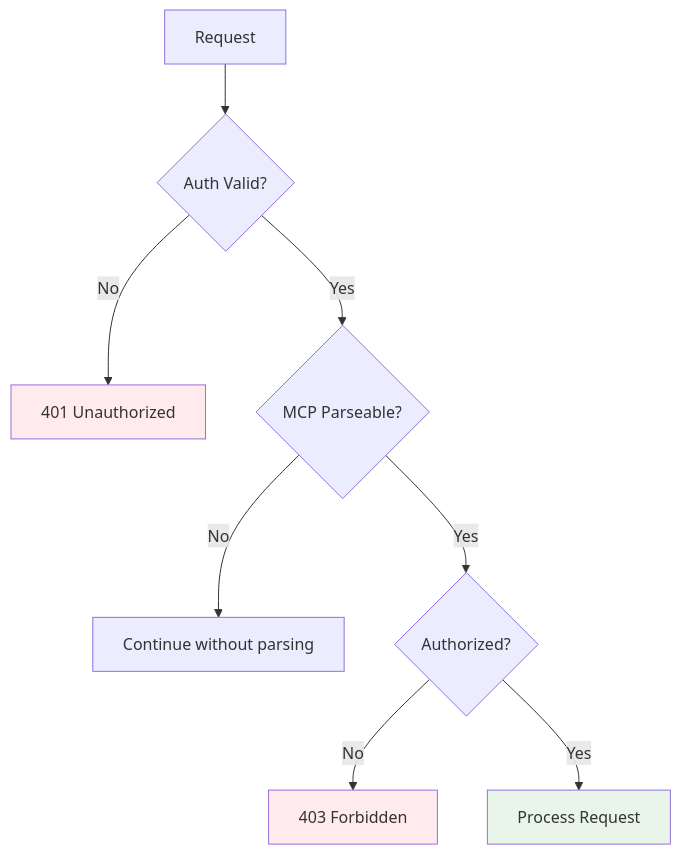
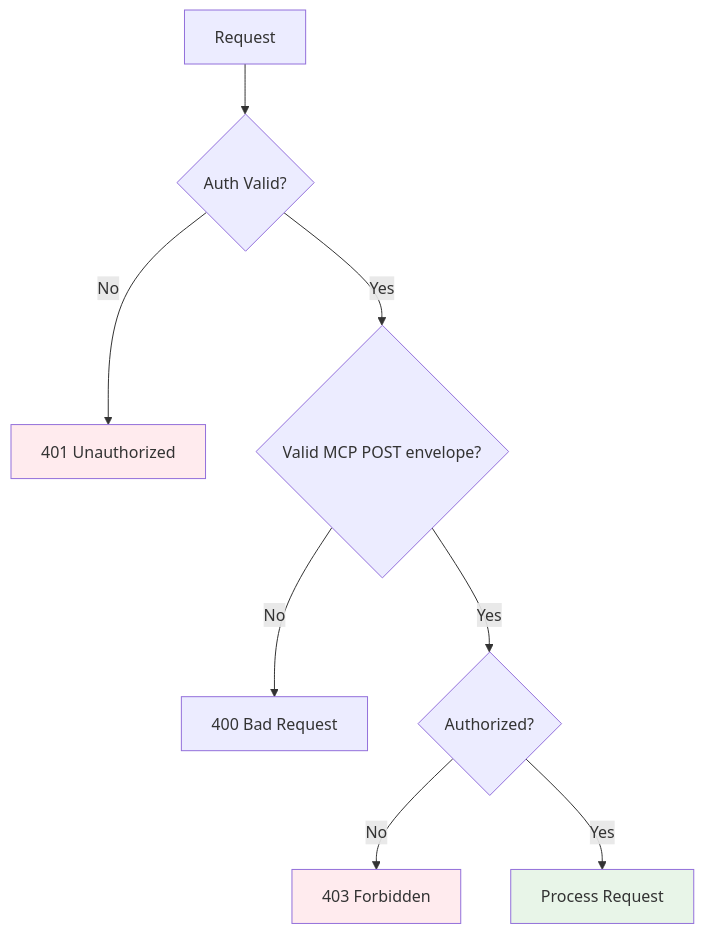
The fourth of 4 diagrams in docs/middleware.md (stacklok/toolhive), drawn with Mermaid before and after one commit. The commit also changed other lines of this file and 34 other files, not shown here.

````diff
--- a/docs/middleware.md
+++ b/docs/middleware.md
@@ -726,14 +729,14 @@
 ```mermaid
 graph TD
     A[Request] --> B{Auth Valid?}
     B -->|No| C[401 Unauthorized]
-    B -->|Yes| D{MCP Parseable?}
-    D -->|No| E[Continue without parsing]
+    B -->|Yes| D{Valid MCP POST envelope?}
+    D -->|No| E[400 Bad Request]
     D -->|Yes| F{Authorized?}
     F -->|No| G[403 Forbidden]
     F -->|Yes| H[Process Request]
     
     style C fill:#ffebee
     style G fill:#ffebee
     style H fill:#e8f5e8
 ```
````
